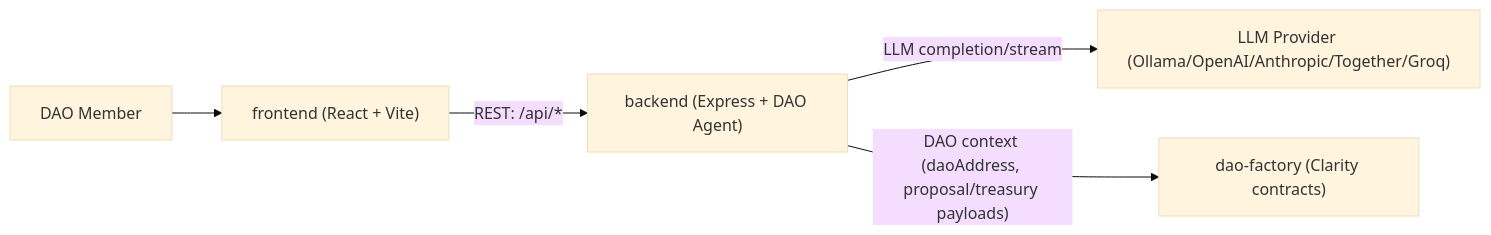
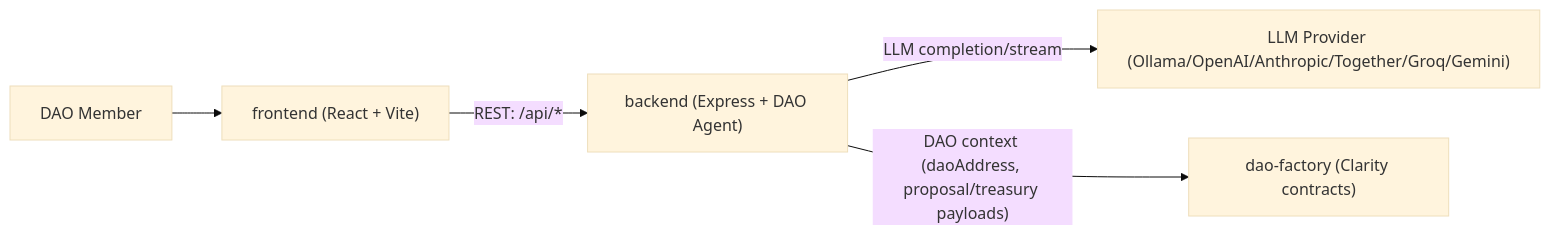
One commit to unclekaldoteth/sad-StacksAIDao changed the diagram in README.md. Above: the diagram before and after it, drawn with Mermaid (base theme). The commit also changed other lines of this file and 15 other files, not shown here.

Commit message:
Add Gemini provider, tests, and CI checks

````diff
--- a/README.md
+++ b/README.md
@@ -26,7 +26,7 @@
 ```mermaid
 flowchart LR
   U["DAO Member"] --> F["frontend (React + Vite)"]
   F -->|"REST: /api/*"| B["backend (Express + DAO Agent)"]
-  B -->|"LLM completion/stream"| P["LLM Provider (Ollama/OpenAI/Anthropic/Together/Groq)"]
+  B -->|"LLM completion/stream"| P["LLM Provider (Ollama/OpenAI/Anthropic/Together/Groq/Gemini)"]
   B -->|"DAO context (daoAddress, proposal/treasury payloads)"| C["dao-factory (Clarity contracts)"]
 ```
````
